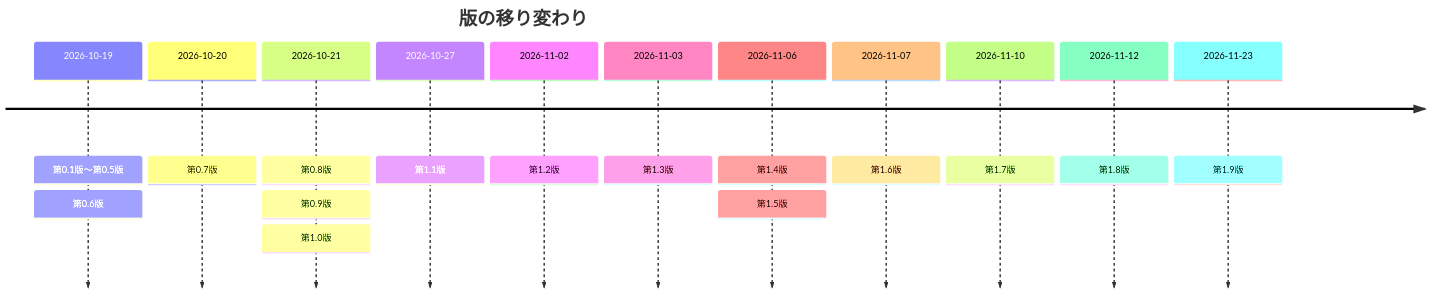
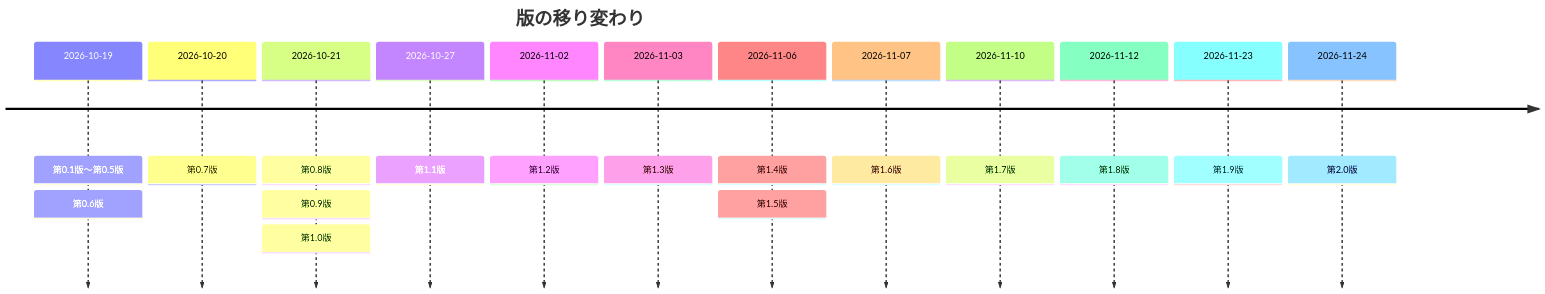
Before and after one commit to pocarialice/rpglearning: diagram 18 of 18 in documents/外部設計書_RPG学習アプリ.md, drawn with Mermaid. The commit also changed other lines of this file and 8 other files, not shown here.

````diff
--- a/documents/外部設計書_RPG学習アプリ.md
+++ b/documents/外部設計書_RPG学習アプリ.md
@@ -1479,15 +1479,16 @@
 ```mermaid
 timeline
   title 版の移り変わり
   2026-10-19 : 第0.1版〜第0.5版 : 第0.6版
   2026-10-20 : 第0.7版
   2026-10-21 : 第0.8版 : 第0.9版 : 第1.0版
   2026-10-27 : 第1.1版
   2026-11-02 : 第1.2版
   2026-11-03 : 第1.3版
   2026-11-06 : 第1.4版 : 第1.5版
   2026-11-07 : 第1.6版
   2026-11-10 : 第1.7版
   2026-11-12 : 第1.8版
   2026-11-23 : 第1.9版
+  2026-11-24 : 第2.0版
 ```
````
